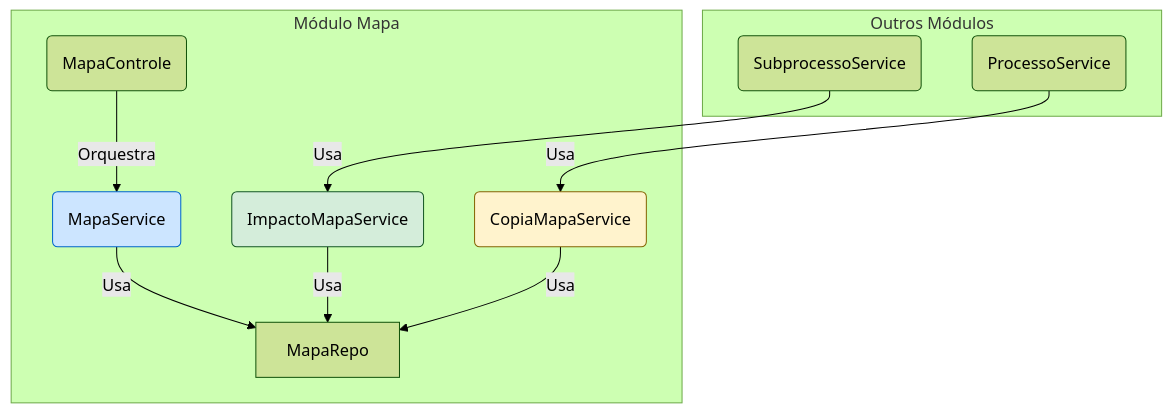
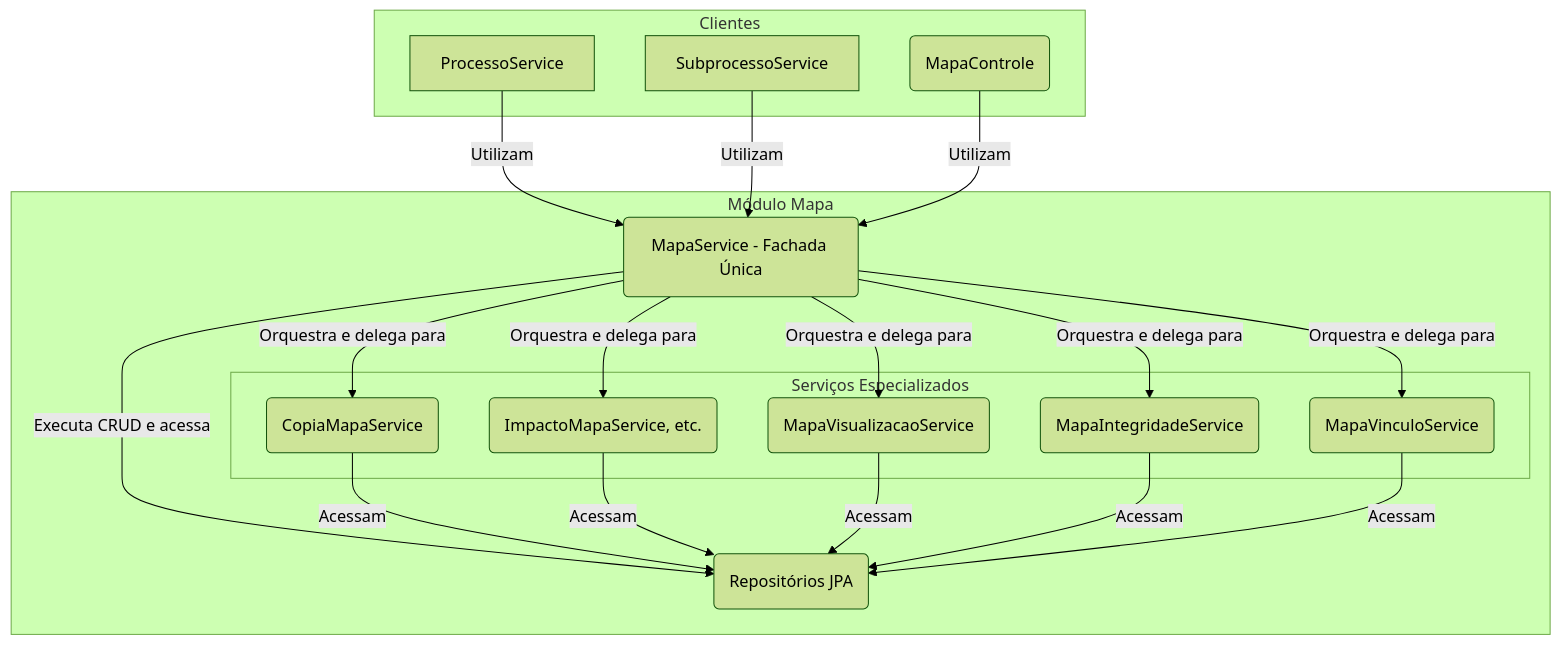
The diagram in backend/src/main/java/sgc/mapa/README.md (lgalvao/sgc), drawn with Mermaid (forest theme) before and after one commit. The commit also changed other lines of this file and 603 other files, not shown here.

````diff
--- a/backend/src/main/java/sgc/mapa/README.md
+++ b/backend/src/main/java/sgc/mapa/README.md
@@ -57,27 +11,29 @@
 ```mermaid
 graph TD
-    subgraph "Outros Módulos"
-        PS(ProcessoService)
-        SPS(SubprocessoService)
+    subgraph "Clientes"
+        ProcessoService
+        SubprocessoService
+        Controle(MapaControle)
     end
 
     subgraph "Módulo Mapa"
-        MC(MapaControle)
-        MS(MapaService)
-        IS(ImpactoMapaService)
-        CS(CopiaMapaService)
-        MR[MapaRepo]
+        Facade(MapaService - Fachada Única)
+
+        subgraph "Serviços Especializados"
+            Copia(CopiaMapaService)
+            Impacto(ImpactoMapaService, etc.)
+            Visualizacao(MapaVisualizacaoService)
+            Integridade(MapaIntegridadeService)
+            Vinculo(MapaVinculoService)
+        end
+
+        Repos(Repositórios JPA)
     end
 
-    MC -- Orquestra --> MS
-    PS -- Usa --> CS
-    SPS -- Usa --> IS
+    ProcessoService & SubprocessoService & Controle -- Utilizam --> Facade
 
-    MS -- Usa --> MR
-    IS -- Usa --> MR
-    CS -- Usa --> MR
+    Facade -- Orquestra e delega para --> Copia & Impacto & Visualizacao & Integridade & Vinculo
+    Facade -- Executa CRUD e acessa --> Repos
 
-    style MS fill:#cce5ff,stroke:#0066cc
-    style IS fill:#d4edda,stroke:#155724
-    style CS fill:#fff3cd,stroke:#856404
+    Copia & Impacto & Visualizacao & Integridade & Vinculo -- Acessam --> Repos
 ```
````
